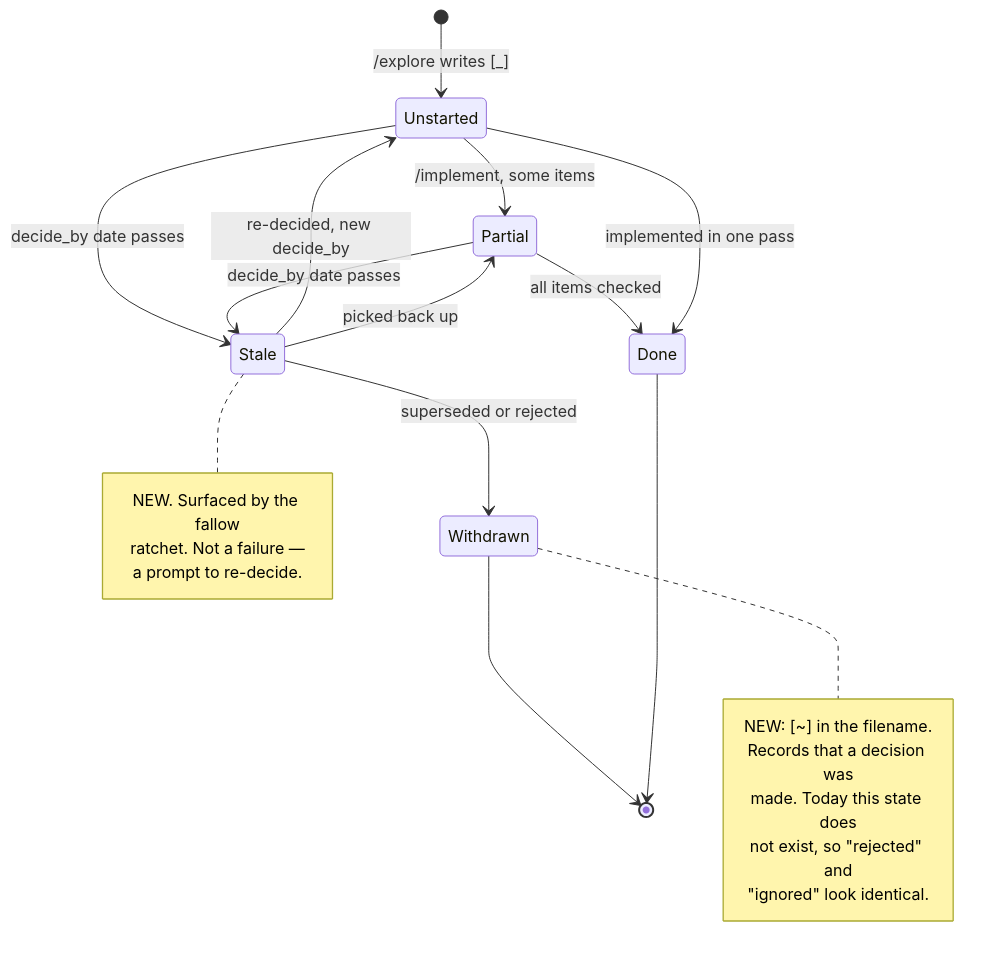
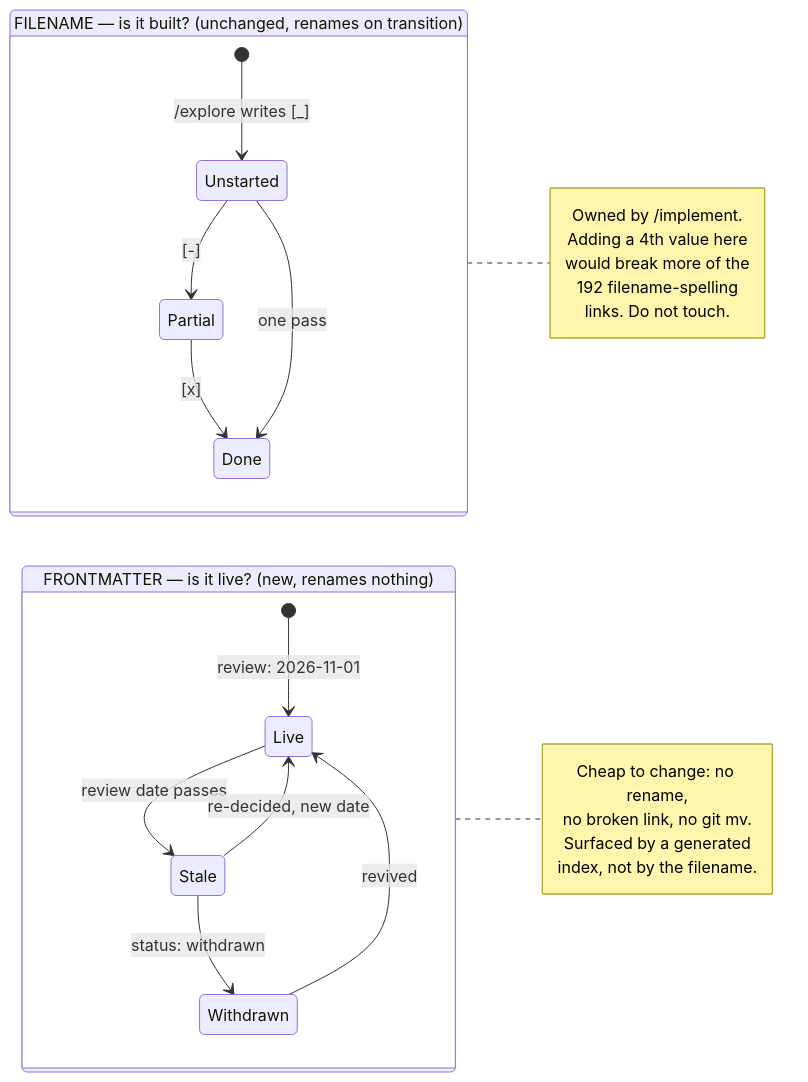
Before and after one commit to crs48/xNet: the third of 3 diagrams in docs/explorations/0421_[_]_FAST_WHAT_COLLISONS_LIST_MEASURES_AND_WHAT_XNET_LACKS.md, drawn with Mermaid. The commit also changed other lines of this file, not shown here.

First line of the commit message:
docs(exploration): correct 0421 expiry design — frontmatter not filename

````diff
--- a/docs/explorations/0421_[_]_FAST_WHAT_COLLISONS_LIST_MEASURES_AND_WHAT_XNET_LACKS.md
+++ b/docs/explorations/0421_[_]_FAST_WHAT_COLLISONS_LIST_MEASURES_AND_WHAT_XNET_LACKS.md
@@ -364,31 +416,34 @@
 ```mermaid
 stateDiagram-v2
-    [*] --> Unstarted : /explore writes [_]
-    Unstarted --> Partial : /implement, some items
-    Partial --> Done : all items checked
-    Unstarted --> Done : implemented in one pass
+    direction LR
 
-    Unstarted --> Stale : decide_by date passes
-    Partial --> Stale : decide_by date passes
+    state "FILENAME — is it built?  (unchanged, renames on transition)" as F {
+        [*] --> Unstarted : /explore writes [_]
+        Unstarted --> Partial : [-]
+        Partial --> Done : [x]
+        Unstarted --> Done : one pass
+    }
 
-    Stale --> Unstarted : re-decided, new decide_by
-    Stale --> Withdrawn : superseded or rejected
-    Stale --> Partial : picked back up
+    state "FRONTMATTER — is it live?  (new, renames nothing)" as S {
+        [*] --> Live : review: 2026-11-01
+        Live --> Stale : review date passes
+        Stale --> Live : re-decided, new date
+        Stale --> Withdrawn : status: withdrawn
+        Withdrawn --> Live : revived
+    }
 
-    Withdrawn --> [*]
-    Done --> [*]
-
-    note right of Stale
-      NEW. Surfaced by the fallow
-      ratchet. Not a failure —
-      a prompt to re-decide.
+    note right of F
+      Owned by /implement.
+      Adding a 4th value here
+      would break more of the
+      192 filename-spelling
+      links. Do not touch.
     end note
 
-    note right of Withdrawn
-      NEW: [~] in the filename.
-      Records that a decision was
-      made. Today this state does
-      not exist, so "rejected" and
-      "ignored" look identical.
+    note right of S
+      Cheap to change: no rename,
+      no broken link, no git mv.
+      Surfaced by a generated
+      index, not by the filename.
     end note
 ```
````
